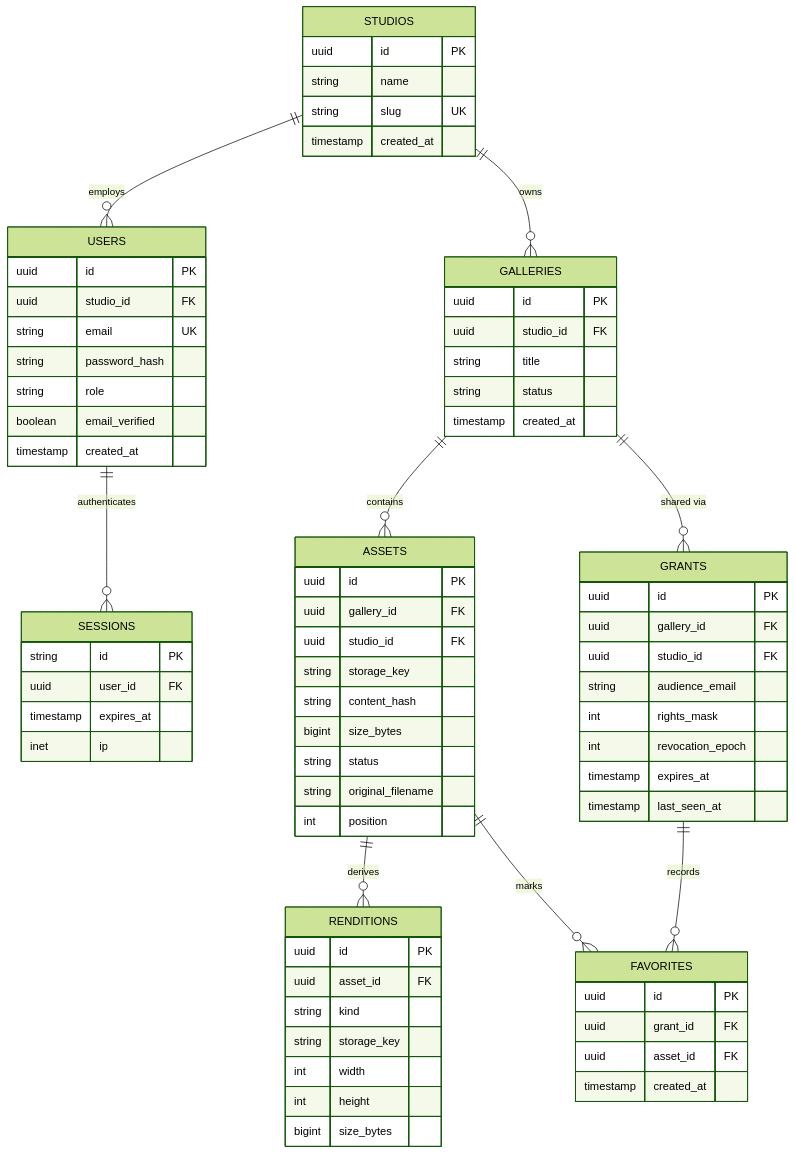
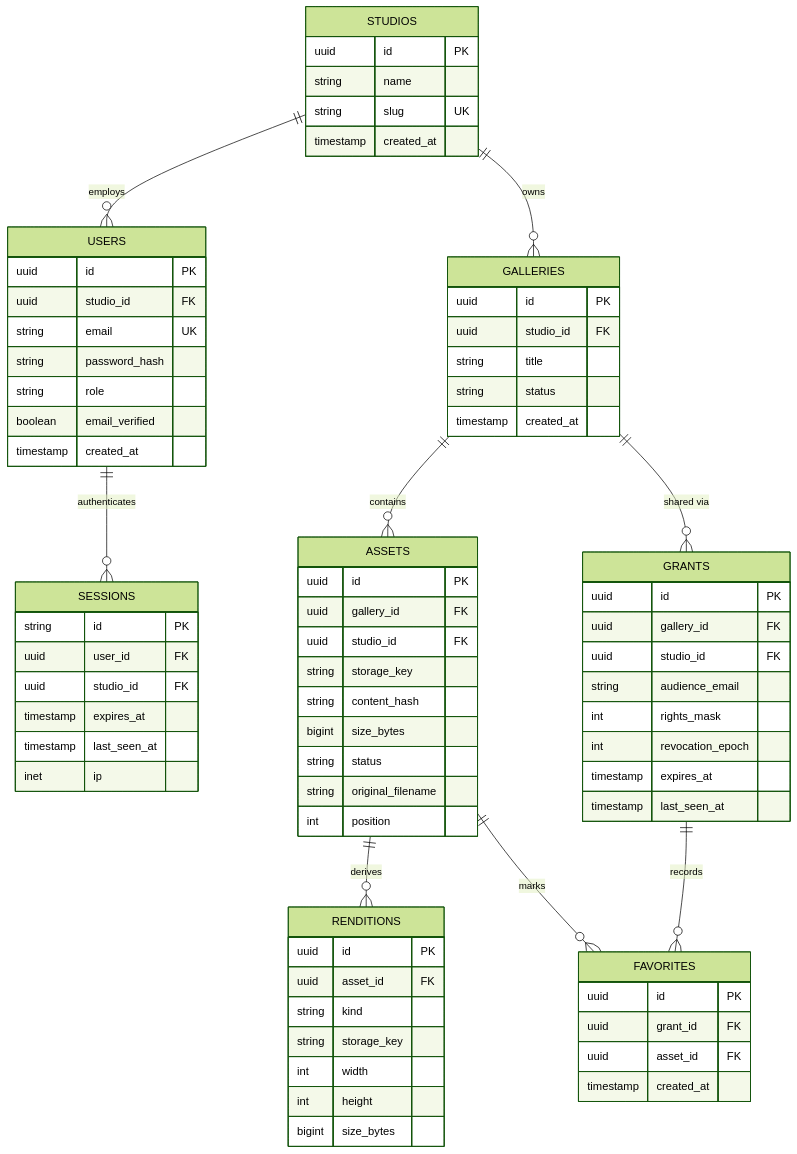
Before and after one commit to RaresPetrisor22/pixhaus: the second of 5 diagrams in docs/architecture.md, drawn with Mermaid (forest theme). The commit also changed other lines of this file and 1 other file, not shown here.

Commit message:
update API and architecture docs

````diff
--- a/docs/architecture.md
+++ b/docs/architecture.md
@@ -68,76 +68,78 @@
 ```mermaid
 erDiagram
     STUDIOS ||--o{ USERS : employs
     STUDIOS ||--o{ GALLERIES : owns
     USERS ||--o{ SESSIONS : authenticates
     GALLERIES ||--o{ ASSETS : contains
     ASSETS ||--o{ RENDITIONS : derives
     GALLERIES ||--o{ GRANTS : "shared via"
     GRANTS ||--o{ FAVORITES : records
     ASSETS ||--o{ FAVORITES : marks
 
     STUDIOS {
         uuid id PK
         string name
         string slug UK
         timestamp created_at
     }
     USERS {
         uuid id PK
         uuid studio_id FK
         string email UK
         string password_hash
         string role
         boolean email_verified
         timestamp created_at
     }
     SESSIONS {
         string id PK
         uuid user_id FK
+        uuid studio_id FK
         timestamp expires_at
+        timestamp last_seen_at
         inet ip
     }
     GALLERIES {
         uuid id PK
         uuid studio_id FK
         string title
         string status
         timestamp created_at
     }
     ASSETS {
         uuid id PK
         uuid gallery_id FK
         uuid studio_id FK
         string storage_key
         string content_hash
         bigint size_bytes
         string status
         string original_filename
         int position
     }
     RENDITIONS {
         uuid id PK
         uuid asset_id FK
         string kind
         string storage_key
         int width
         int height
         bigint size_bytes
     }
     GRANTS {
         uuid id PK
         uuid gallery_id FK
         uuid studio_id FK
         string audience_email
         int rights_mask
         int revocation_epoch
         timestamp expires_at
         timestamp last_seen_at
     }
     FAVORITES {
         uuid id PK
         uuid grant_id FK
         uuid asset_id FK
         timestamp created_at
     }
 ```
````
